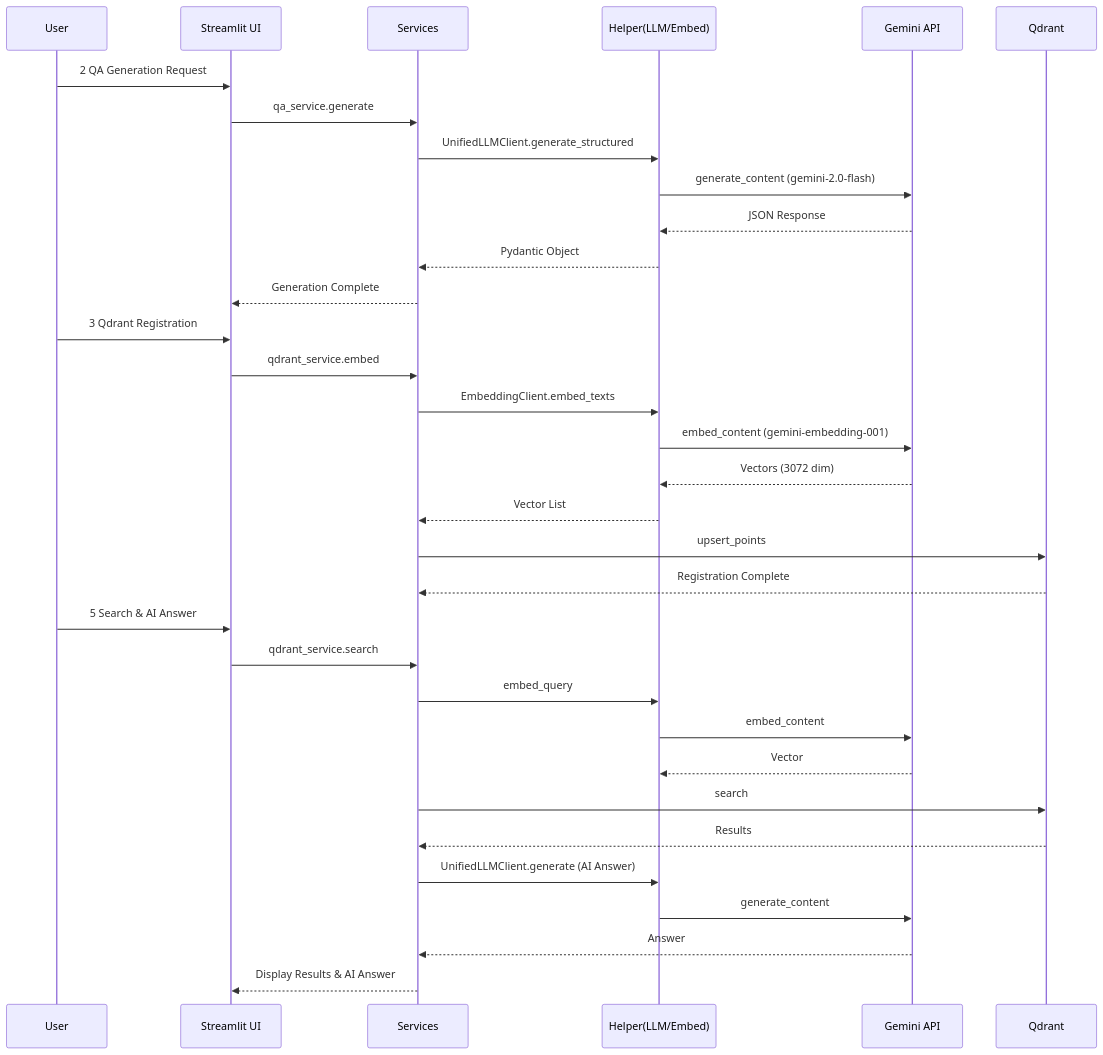
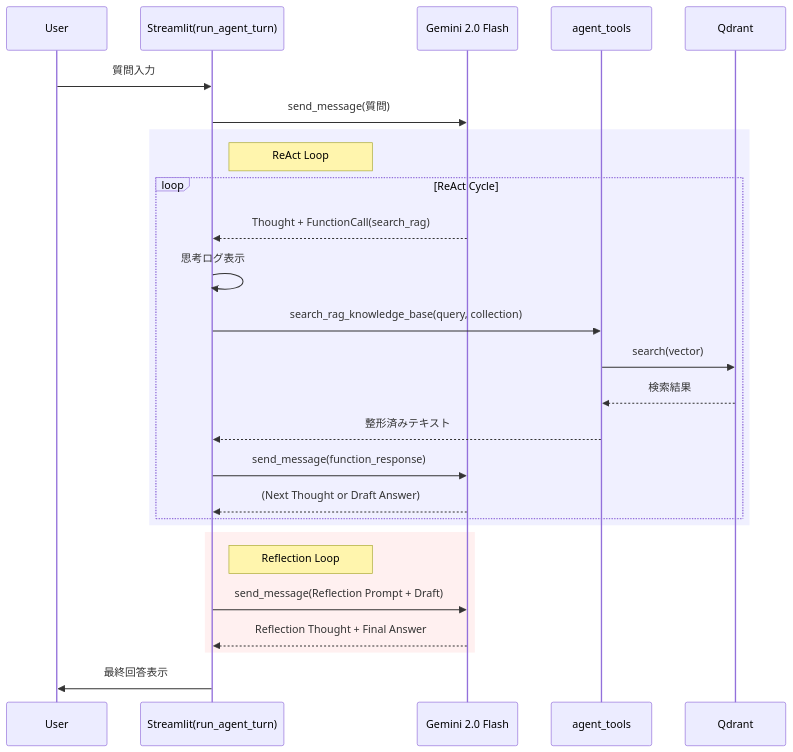
Before and after one commit to nakashima2toshio/gemini_agent_rag: the fourth of 4 diagrams in doc/08_rag_qa_pair_qdrant.md, drawn with Mermaid. The commit also changed other lines of this file and 15 other files, not shown here.

````diff
--- a/doc/08_rag_qa_pair_qdrant.md
+++ b/doc/08_rag_qa_pair_qdrant.md
@@ -259,38 +325,33 @@
 ```mermaid
 sequenceDiagram
     participant U as User
-    participant UI as Streamlit UI
-    participant Svc as Services
-    participant Help as Helper(LLM/Embed)
-    participant API as Gemini API
+    participant App as Streamlit(run_agent_turn)
+    participant LLM as Gemini 2.0 Flash
+    participant Tool as agent_tools
     participant DB as Qdrant
 
-    U->>UI: 2 QA Generation Request
-    UI->>Svc: qa_service.generate
-    Svc->>Help: UnifiedLLMClient.generate_structured
-    Help->>API: generate_content (gemini-2.0-flash)
-    API-->>Help: JSON Response
-    Help-->>Svc: Pydantic Object
-    Svc-->>UI: Generation Complete
+    U->>App: 質問入力
+    App->>LLM: send_message(質問)
+    
+    rect rgb(240, 240, 255)
+    Note right of App: ReAct Loop
+    loop ReAct Cycle
+        LLM-->>App: Thought + FunctionCall(search_rag)
+        App->>App: 思考ログ表示
+        App->>Tool: search_rag_knowledge_base(query, collection)
+        Tool->>DB: search(vector)
+        DB-->>Tool: 検索結果
+        Tool-->>App: 整形済みテキスト
+        App->>LLM: send_message(function_response)
+        LLM-->>App: (Next Thought or Draft Answer)
+    end
+    end
+    
+    rect rgb(255, 240, 240)
+    Note right of App: Reflection Loop
+    App->>LLM: send_message(Reflection Prompt + Draft)
+    LLM-->>App: Reflection Thought + Final Answer
+    end
 
-    U->>UI: 3 Qdrant Registration
-    UI->>Svc: qdrant_service.embed
-    Svc->>Help: EmbeddingClient.embed_texts
-    Help->>API: embed_content (gemini-embedding-001)
-    API-->>Help: Vectors (3072 dim)
-    Help-->>Svc: Vector List
-    Svc->>DB: upsert_points
-    DB-->>Svc: Registration Complete
-
-    U->>UI: 5 Search & AI Answer
-    UI->>Svc: qdrant_service.search
-    Svc->>Help: embed_query
-    Help->>API: embed_content
-    API-->>Help: Vector
-    Svc->>DB: search
-    DB-->>Svc: Results
-    Svc->>Help: UnifiedLLMClient.generate (AI Answer)
-    Help->>API: generate_content
-    API-->>Svc: Answer
-    Svc-->>UI: Display Results & AI Answer
+    App->>U: 最終回答表示
 ```
````
